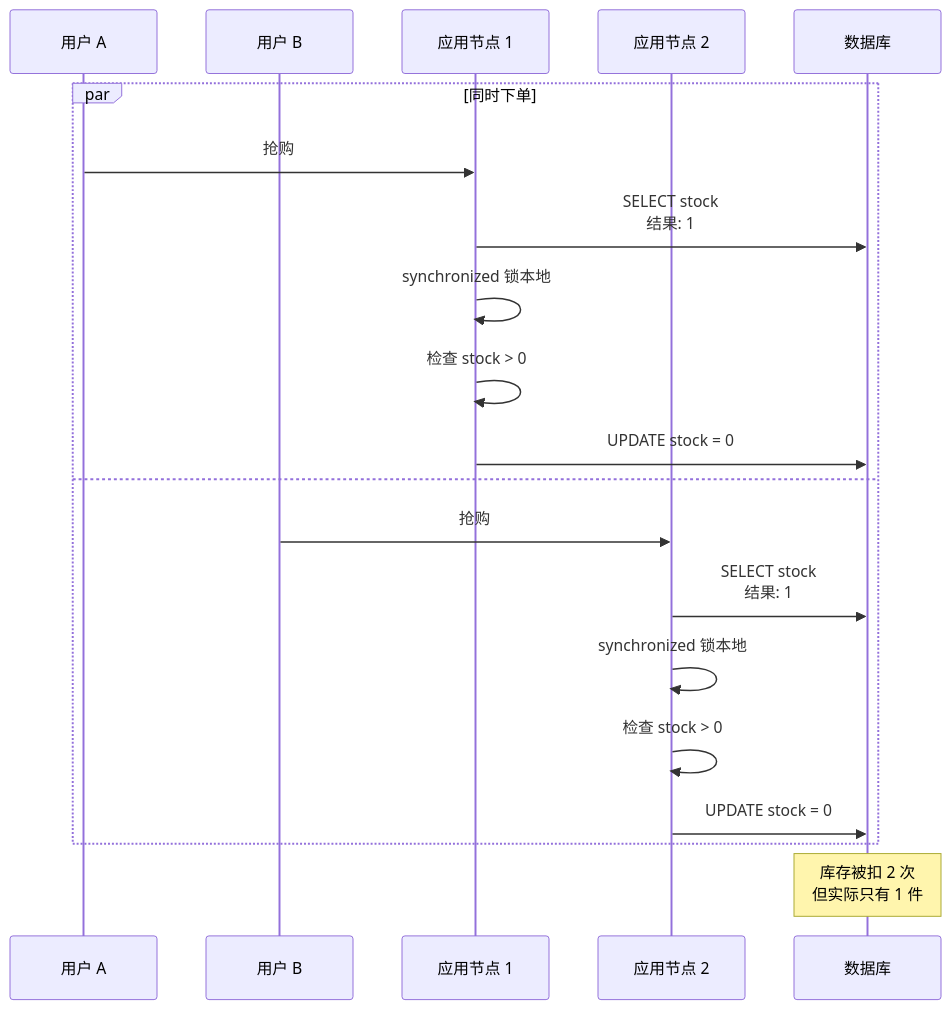
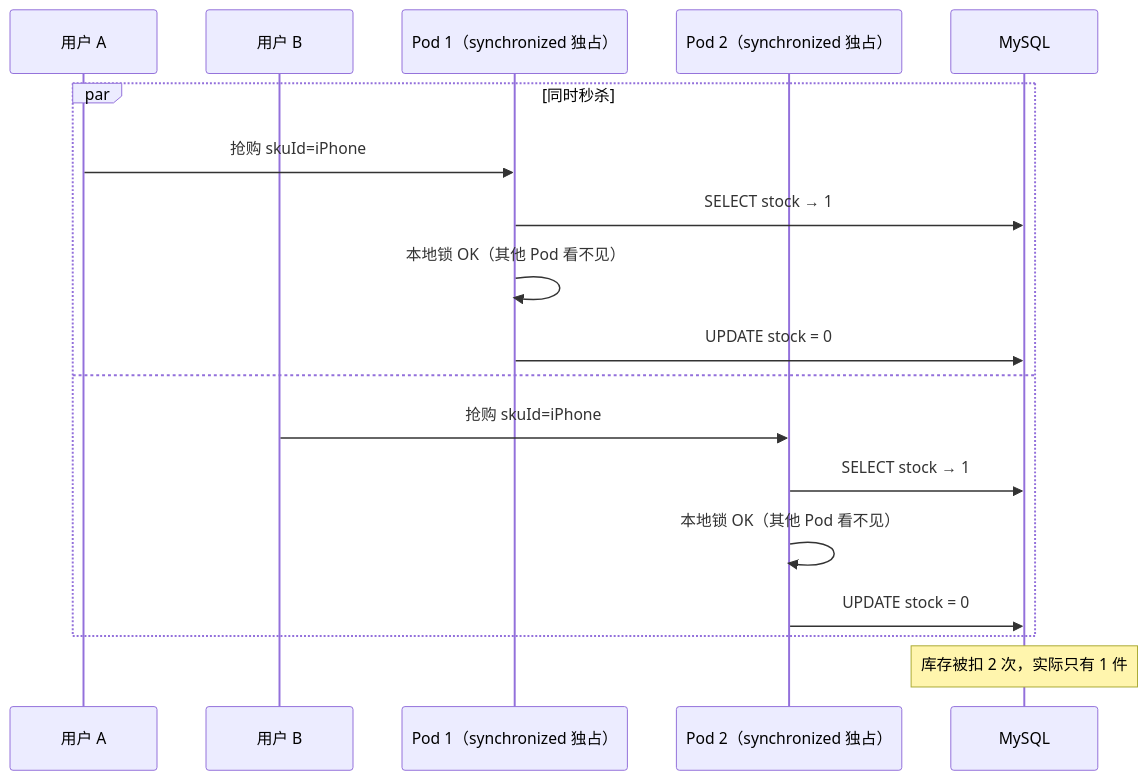
One commit to chongyang211/YCBookBlog changed the first of 11 diagrams in docs/10.真经/05.方案设计思想/15.分布式锁方案设计.md. Above: the diagram before and after it, drawn with Mermaid. The commit also changed other lines of this file and 36 other files, not shown here.

````diff
--- a/docs/10.真经/05.方案设计思想/15.分布式锁方案设计.md
+++ b/docs/10.真经/05.方案设计思想/15.分布式锁方案设计.md
@@ -69,24 +51,20 @@
 ```mermaid
 sequenceDiagram
     participant U1 as 用户 A
     participant U2 as 用户 B
-    participant S1 as 应用节点 1
-    participant S2 as 应用节点 2
-    participant DB as 数据库
-    
-    par 同时下单
-        U1->>S1: 抢购
-        S1->>DB: SELECT stock<br/>结果: 1
-        S1->>S1: synchronized 锁本地
-        S1->>S1: 检查 stock > 0
-        S1->>DB: UPDATE stock = 0
+    participant P1 as Pod 1（synchronized 独占）
+    participant P2 as Pod 2（synchronized 独占）
+    participant DB as MySQL
+    par 同时秒杀
+        U1->>P1: 抢购 skuId=iPhone
+        P1->>DB: SELECT stock → 1
+        P1->>P1: 本地锁 OK（其他 Pod 看不见）
+        P1->>DB: UPDATE stock = 0
     and
-        U2->>S2: 抢购
-        S2->>DB: SELECT stock<br/>结果: 1
-        S2->>S2: synchronized 锁本地
-        S2->>S2: 检查 stock > 0
-        S2->>DB: UPDATE stock = 0
+        U2->>P2: 抢购 skuId=iPhone
+        P2->>DB: SELECT stock → 1
+        P2->>P2: 本地锁 OK（其他 Pod 看不见）
+        P2->>DB: UPDATE stock = 0
     end
-    
-    Note over DB: 库存被扣 2 次<br/>但实际只有 1 件
+    Note over DB: 库存被扣 2 次，实际只有 1 件
 ```
````
